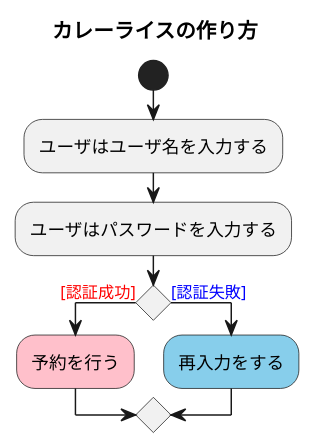
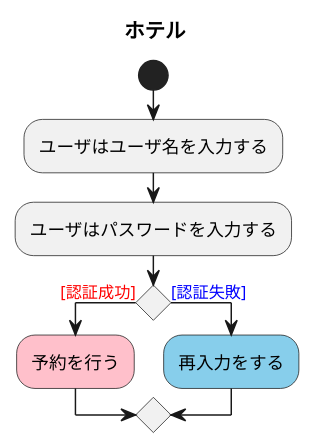
Before and after one commit to hitokin/uml_introduction: the diagram in 演習7/演習7-1_AC_ホテル宿泊予約システムで予約.pu, drawn with PlantUML. The commit also changed 2 other files, not shown here.

```diff
--- a/演習7/演習7-1_AC_ホテル宿泊予約システムで予約.pu
+++ b/演習7/演習7-1_AC_ホテル宿泊予約システムで予約.pu
@@ -1,10 +1,10 @@
-@startuml カレーライス
-title カレーライスの作り方
+@startuml ホテル
+title ホテル
 start
 :ユーザはユーザ名を入力する;
 :ユーザはパスワードを入力する;
 if () is (<color:red>[認証成功]) then
 #Pink:予約を行う;
 else (<color:blue>[認証失敗])
 #skyblue:再入力をする;
 @enduml
```
